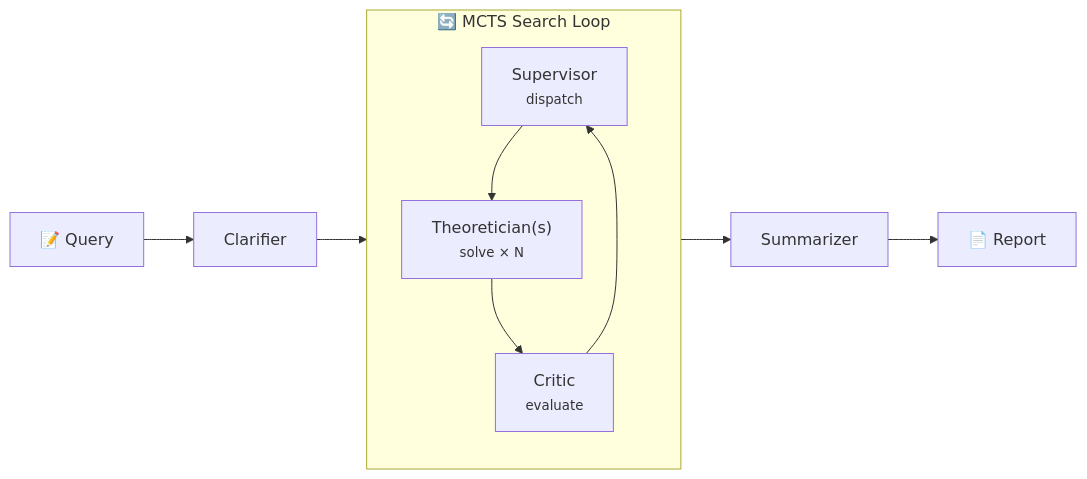
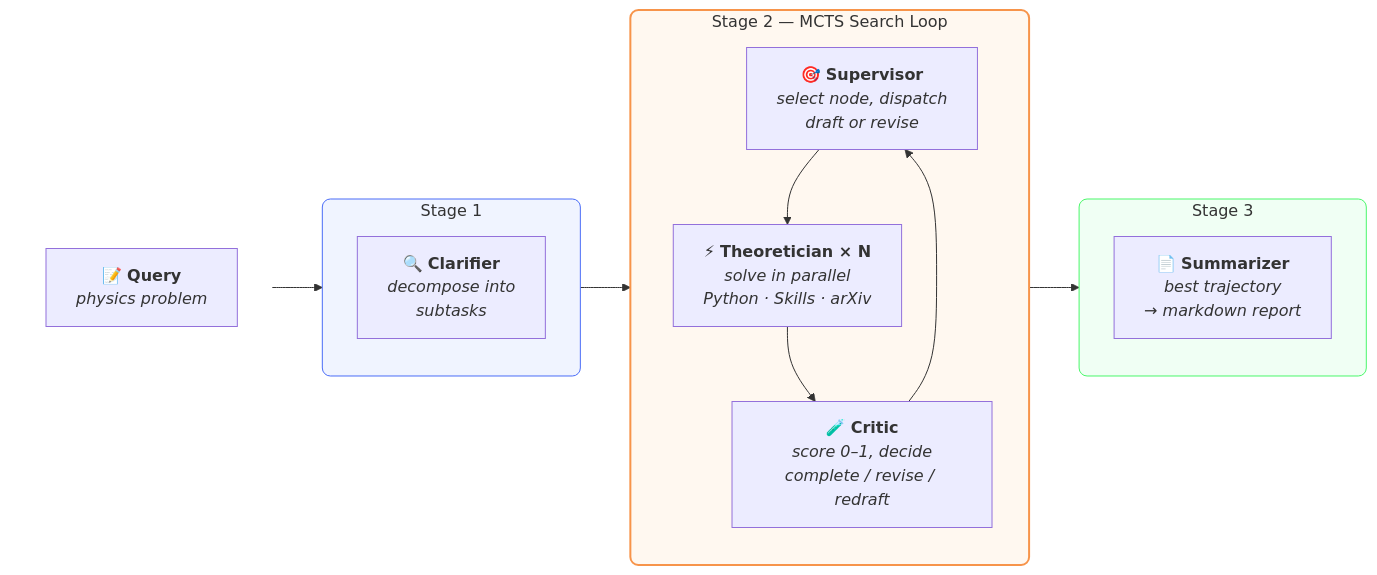
One commit to sjtu-sai-agents/PhysMaster changed the diagram in README.md. Above: the diagram before and after it, drawn with Mermaid. The commit also changed other lines of this file and 15 other files, not shown here.

````diff
--- a/README.md
+++ b/README.md
@@ -58,14 +28,32 @@
 ```mermaid
-graph LR
-    Q["📝 Query"] --> C["Clarifier"]
-    C --> MCTS["🔄 MCTS Search Loop"]
-    MCTS --> S["Summarizer"]
-    S --> R["📄 Report"]
+flowchart LR
+    subgraph INPUT [" "]
+        direction TB
+        Q["📝 <b>Query</b><br/><i>physics problem</i>"]
+    end
 
-    subgraph MCTS["🔄 MCTS Search Loop"]
+    subgraph STAGE1 ["Stage 1"]
         direction TB
-        SUP["Supervisor<br/><small>dispatch</small>"] --> THEO["Theoretician(s)<br/><small>solve × N</small>"]
-        THEO --> CR["Critic<br/><small>evaluate</small>"]
-        CR --> SUP
+        CL["🔍 <b>Clarifier</b><br/><i>decompose into<br/>subtasks</i>"]
     end
+
+    subgraph MCTS ["Stage 2 — MCTS Search Loop"]
+        direction TB
+        SUP["🎯 <b>Supervisor</b><br/><i>select node, dispatch<br/>draft or revise</i>"]
+        THEO["⚡ <b>Theoretician × N</b><br/><i>solve in parallel<br/>Python · Skills · arXiv</i>"]
+        CRIT["🧪 <b>Critic</b><br/><i>score 0–1, decide<br/>complete / revise / redraft</i>"]
+        SUP --> THEO --> CRIT --> SUP
+    end
+
+    subgraph STAGE3 ["Stage 3"]
+        direction TB
+        SUM["📄 <b>Summarizer</b><br/><i>best trajectory<br/>→ markdown report</i>"]
+    end
+
+    Q --> CL --> MCTS --> SUM
+
+    style INPUT fill:none,stroke:none
+    style STAGE1 fill:#f0f4ff,stroke:#4a6cf7,stroke-width:1px,rx:8
+    style MCTS fill:#fff8f0,stroke:#f7944a,stroke-width:2px,rx:8
+    style STAGE3 fill:#f0fff4,stroke:#4af76a,stroke-width:1px,rx:8
 ```
````
